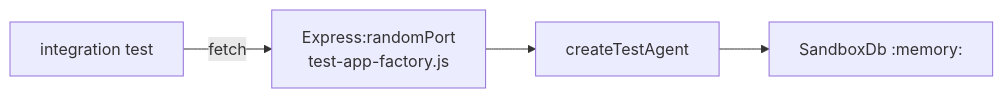
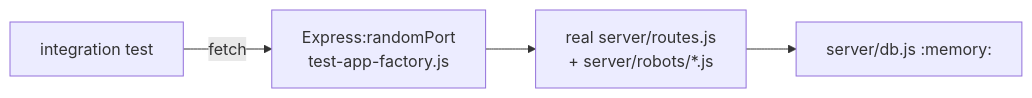
The diagram in docs/tests/integration-tests.md (blian24/coolkonyha-solo-vibe), drawn with Mermaid before and after one commit. The commit also changed 16 other files, not shown here.

````diff
--- a/docs/tests/integration-tests.md
+++ b/docs/tests/integration-tests.md
@@ -12,6 +12,6 @@
 ```mermaid
 flowchart LR
     Test[integration test] -->|fetch| TestServer[Express:randomPort\ntest-app-factory.js]
-    TestServer --> AgentFactory[createTestAgent]
-    AgentFactory --> SandboxDb[SandboxDb :memory:]
+    TestServer --> Routes[real server/routes.js\n+ server/robots/*.js]
+    Routes --> SharedDb[server/db.js :memory:]
 ```
````
